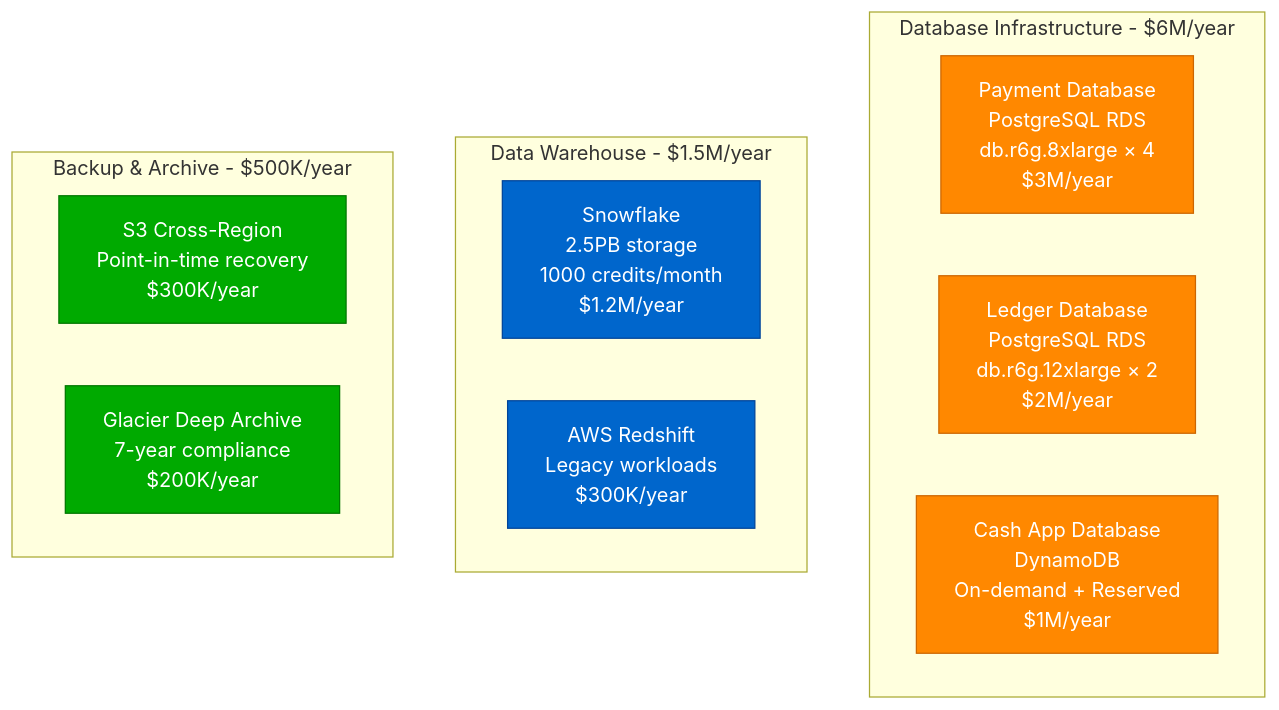
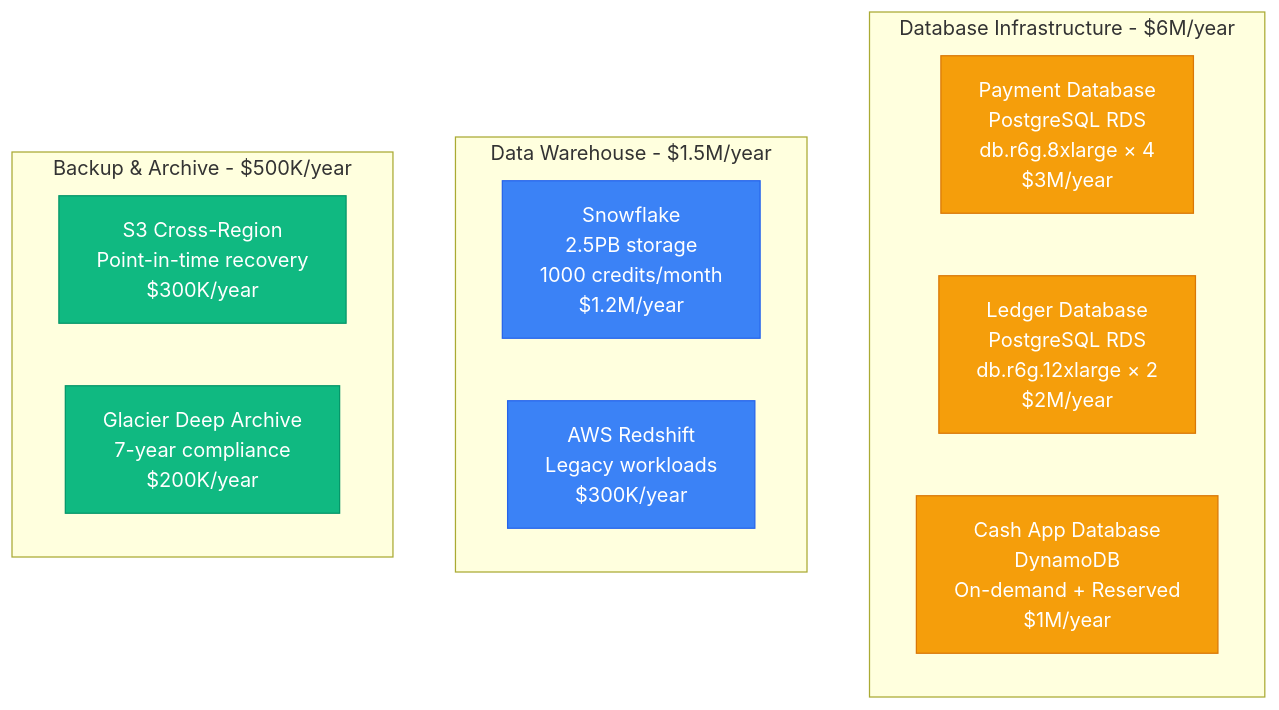
The third of 10 diagrams in site/docs/systems/square/06-cost-breakdown.md (deepaucksharma/DS), drawn with Mermaid before and after one commit. The commit also changed other lines of this file and 187 other files, not shown here.

````diff
--- a/site/docs/systems/square/06-cost-breakdown.md
+++ b/site/docs/systems/square/06-cost-breakdown.md
@@ -66,26 +66,26 @@
 ```mermaid
 graph TB
     subgraph DatabaseCosts[Database Infrastructure - $6M/year]
         PAYDB[Payment Database<br/>PostgreSQL RDS<br/>db.r6g.8xlarge × 4<br/>$3M/year]
         LEDGER[Ledger Database<br/>PostgreSQL RDS<br/>db.r6g.12xlarge × 2<br/>$2M/year]
         CASHDB[Cash App Database<br/>DynamoDB<br/>On-demand + Reserved<br/>$1M/year]
     end
 
     subgraph WarehouseCosts[Data Warehouse - $1.5M/year]
         SNOWFLAKE[Snowflake<br/>2.5PB storage<br/>1000 credits/month<br/>$1.2M/year]
         REDSHIFT[AWS Redshift<br/>Legacy workloads<br/>$300K/year]
     end
 
     subgraph BackupCosts[Backup & Archive - $500K/year]
         S3BACKUP[S3 Cross-Region<br/>Point-in-time recovery<br/>$300K/year]
         GLACIER[Glacier Deep Archive<br/>7-year compliance<br/>$200K/year]
     end
 
-    classDef dbStyle fill:#FF8800,stroke:#CC6600,color:#fff
-    classDef warehouseStyle fill:#0066CC,stroke:#004499,color:#fff
-    classDef backupStyle fill:#00AA00,stroke:#007700,color:#fff
+    classDef dbStyle fill:#F59E0B,stroke:#D97706,color:#fff
+    classDef warehouseStyle fill:#3B82F6,stroke:#2563EB,color:#fff
+    classDef backupStyle fill:#10B981,stroke:#059669,color:#fff
 
     class PAYDB,LEDGER,CASHDB dbStyle
     class SNOWFLAKE,REDSHIFT warehouseStyle
     class S3BACKUP,GLACIER backupStyle
 ```
````
